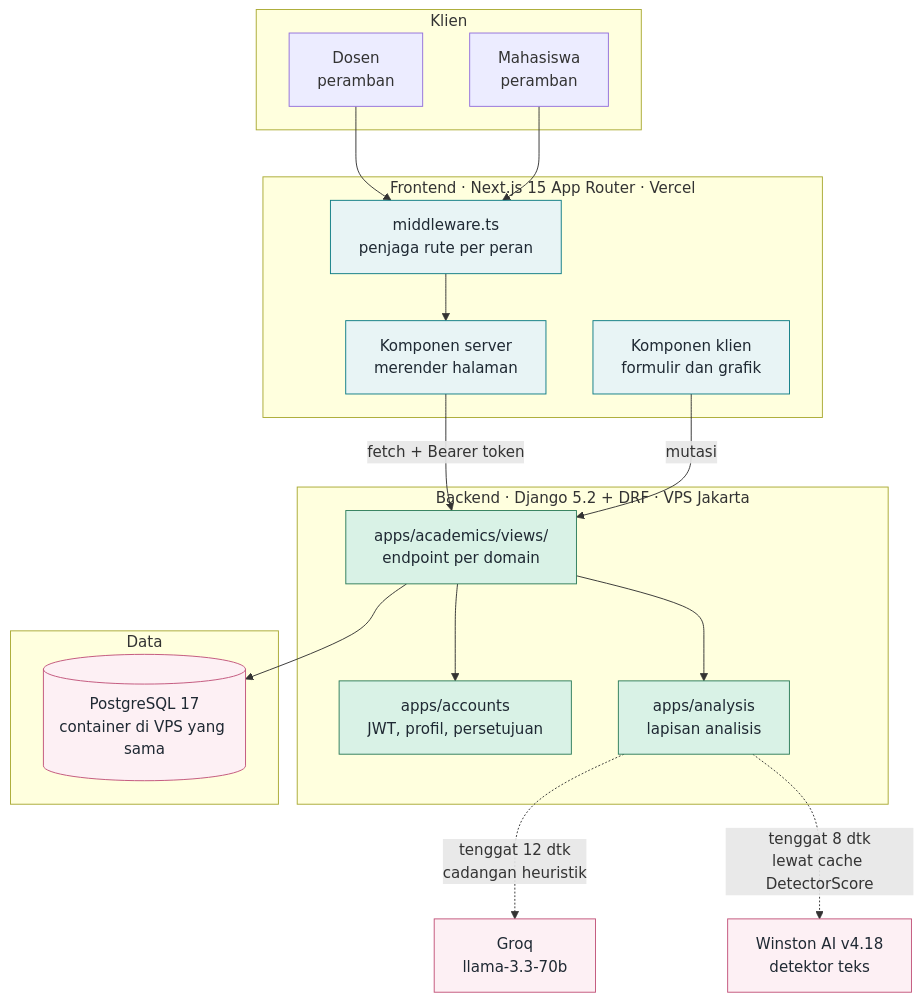
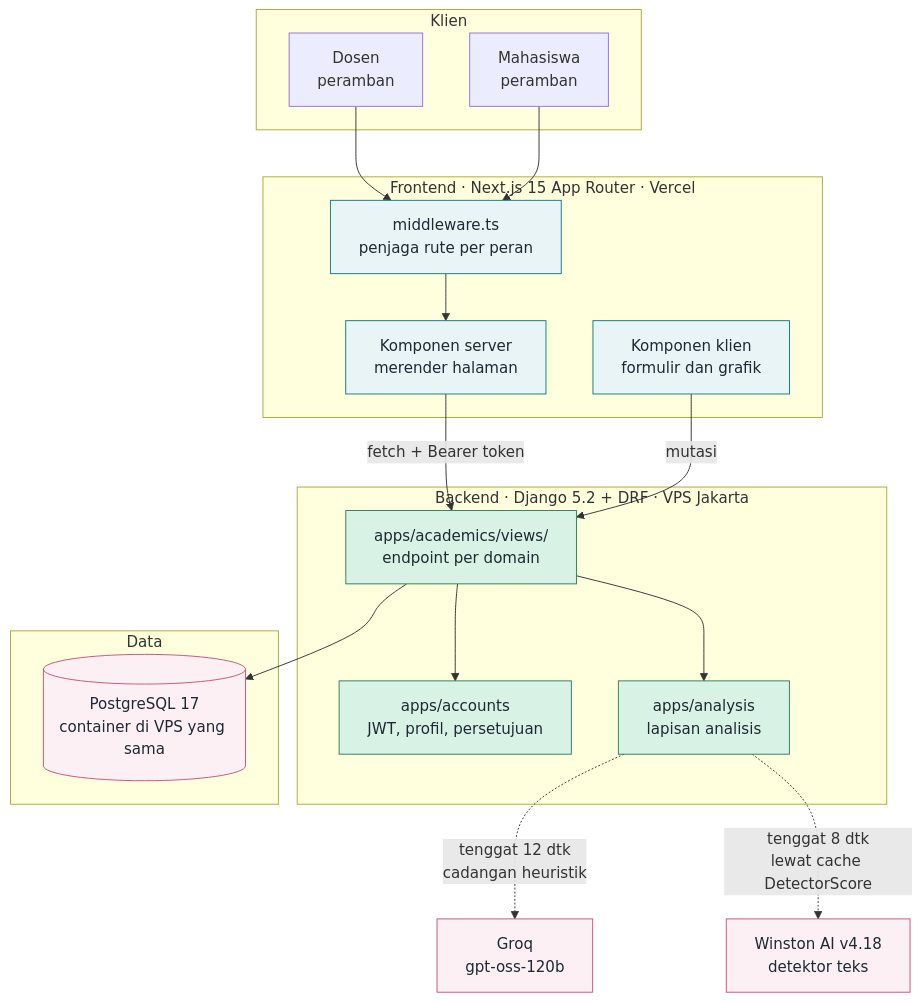
Before and after one commit to FadhRach/ThinkPath: the first of 4 diagrams in diagram/01-arsitektur-sistem.md, drawn with Mermaid. The commit also changed 9 other files, not shown here.

````diff
--- a/diagram/01-arsitektur-sistem.md
+++ b/diagram/01-arsitektur-sistem.md
@@ -15,44 +15,44 @@
 ```mermaid
 flowchart TB
     subgraph K["Klien"]
         D["Dosen<br/>peramban"]
         M["Mahasiswa<br/>peramban"]
     end
 
     subgraph FE["Frontend · Next.js 15 App Router · Vercel"]
         MW["middleware.ts<br/>penjaga rute per peran"]
         SC["Komponen server<br/>merender halaman"]
         CC["Komponen klien<br/>formulir dan grafik"]
     end
 
     subgraph BE["Backend · Django 5.2 + DRF · VPS Jakarta"]
         AUTH["apps/accounts<br/>JWT, profil, persetujuan"]
         API["apps/academics/views/<br/>endpoint per domain"]
         AN["apps/analysis<br/>lapisan analisis"]
     end
 
     subgraph DB["Data"]
         PG[("PostgreSQL 17<br/>container di VPS yang sama")]
     end
 
-    LLM["Groq<br/>llama-3.3-70b"]
+    LLM["Groq<br/>gpt-oss-120b"]
     WIN["Winston AI v4.18<br/>detektor teks"]
 
     D --> MW
     M --> MW
     MW --> SC
     SC -->|"fetch + Bearer token"| API
     CC -->|"mutasi"| API
     API --> AUTH
     API --> AN
     AN -.->|"tenggat 12 dtk<br/>cadangan heuristik"| LLM
     AN -.->|"tenggat 8 dtk<br/>lewat cache DetectorScore"| WIN
     API --> PG
 
     classDef fe fill:#E8F4F5,stroke:#0E7C86,color:#1F2933
     classDef be fill:#D9F2E6,stroke:#2E7D5B,color:#1F2933
     classDef ext fill:#FDF0F4,stroke:#C2547A,color:#1F2933
     class MW,SC,CC fe
     class AUTH,API,AN be
     class LLM,WIN,PG ext
 ```
````
